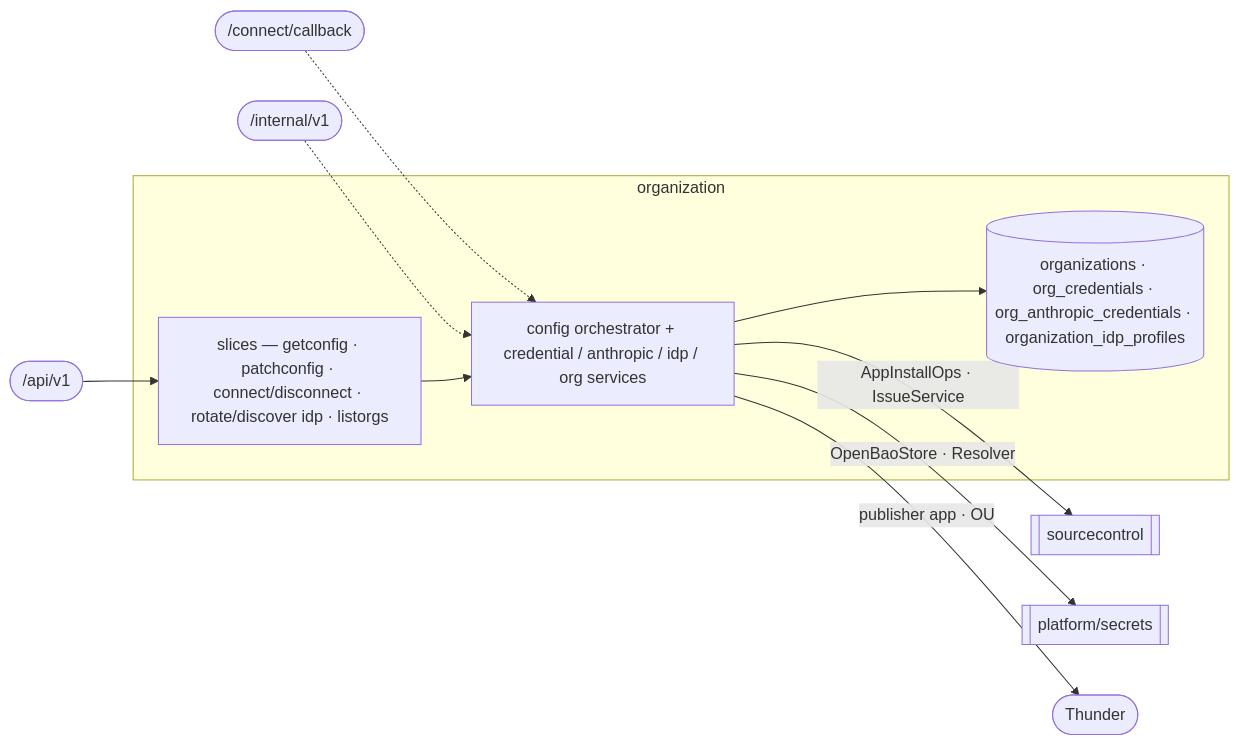
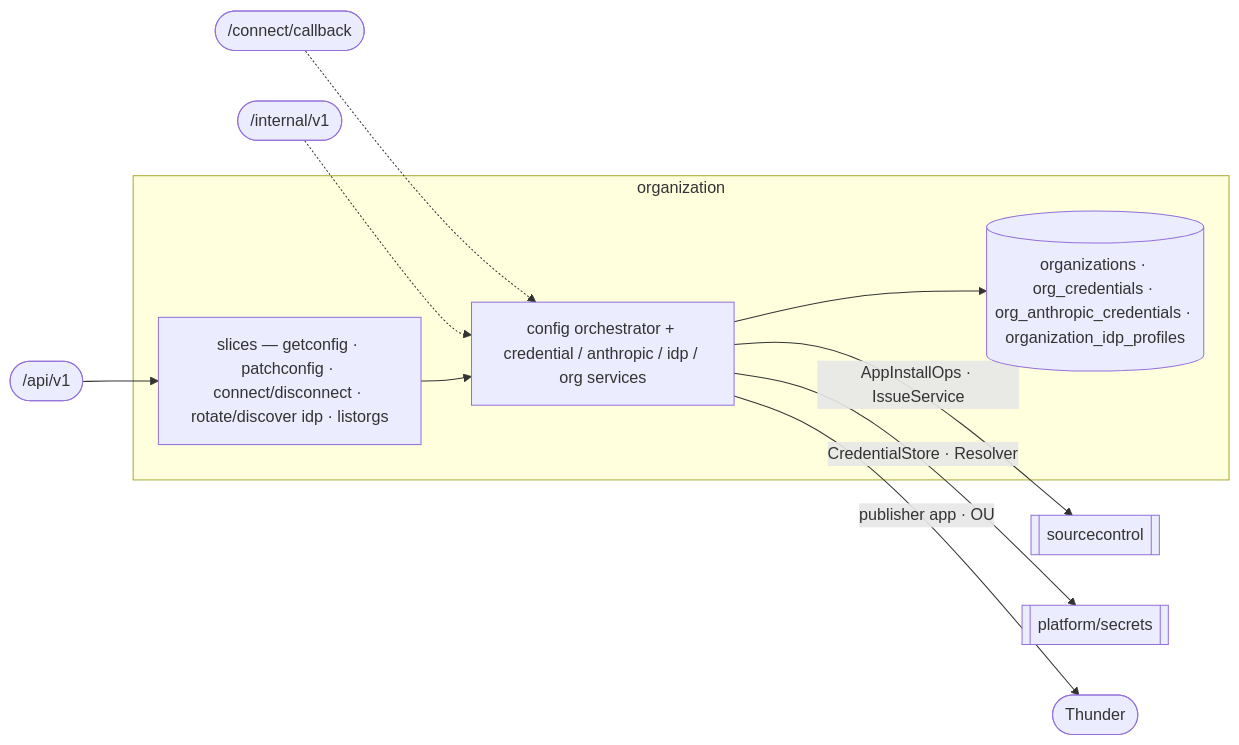
One commit to KCSAbeywickrama/labs-agentic-engineer changed the diagram in services/aep-api/internal/organization/README.md. Above: the diagram before and after it, drawn with Mermaid. The commit also changed other lines of this file and 26 other files, not shown here.

First line of the commit message:
refactor(aep-api): honest CredentialStore/SecretRefWriter names; remove dead OpenBao store

````diff
--- a/services/aep-api/internal/organization/README.md
+++ b/services/aep-api/internal/organization/README.md
@@ -9,15 +9,15 @@
 ```mermaid
 flowchart LR
   API(["/api/v1"]) --> SL
   CB(["/connect/callback"]) -.-> CORE
   S2S(["/internal/v1"]) -.-> CORE
   subgraph organization
     SL["slices — getconfig · patchconfig · connect/disconnect · rotate/discover idp · listorgs"]
     CORE["config orchestrator + credential / anthropic / idp / org services"]
     SL --> CORE
     CORE --> DB[("organizations · org_credentials · org_anthropic_credentials · organization_idp_profiles")]
   end
   CORE -->|AppInstallOps · IssueService| SC[[sourcecontrol]]
-  CORE -->|OpenBaoStore · Resolver| SEC[[platform/secrets]]
+  CORE -->|CredentialStore · Resolver| SEC[[platform/secrets]]
   CORE -->|publisher app · OU| THUNDER(["Thunder"])
 ```
````
